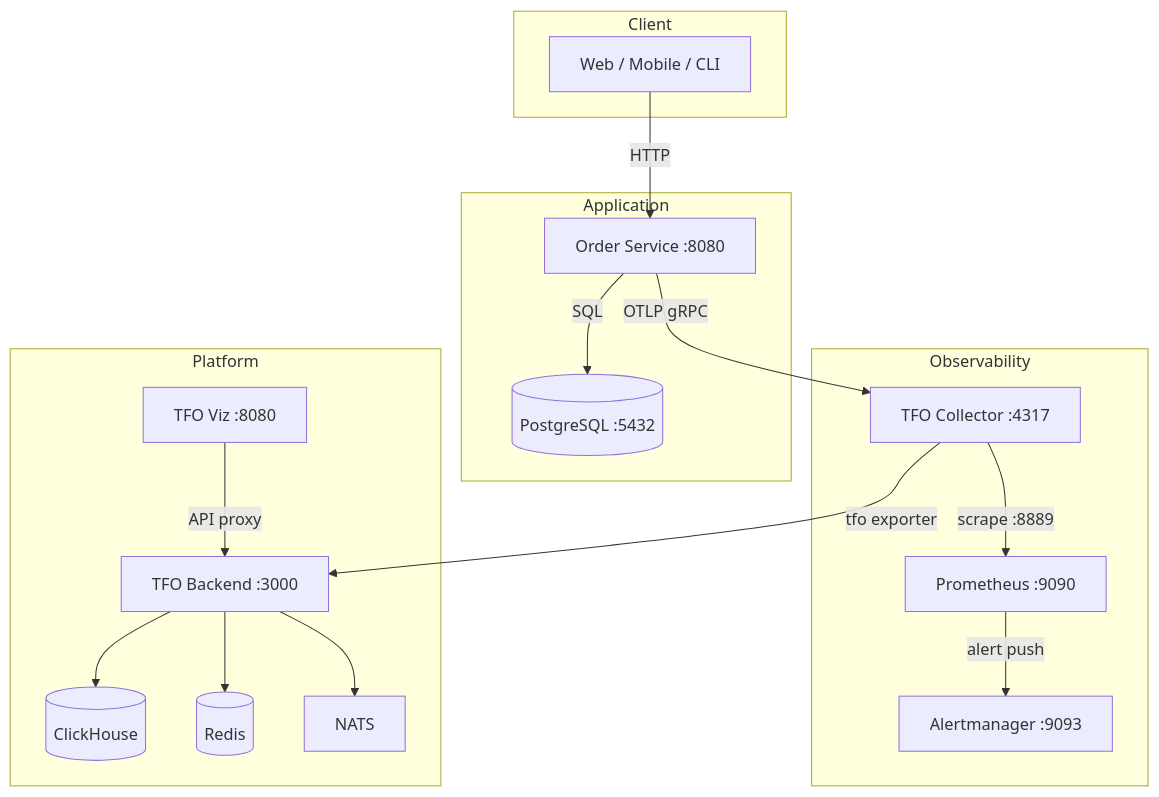
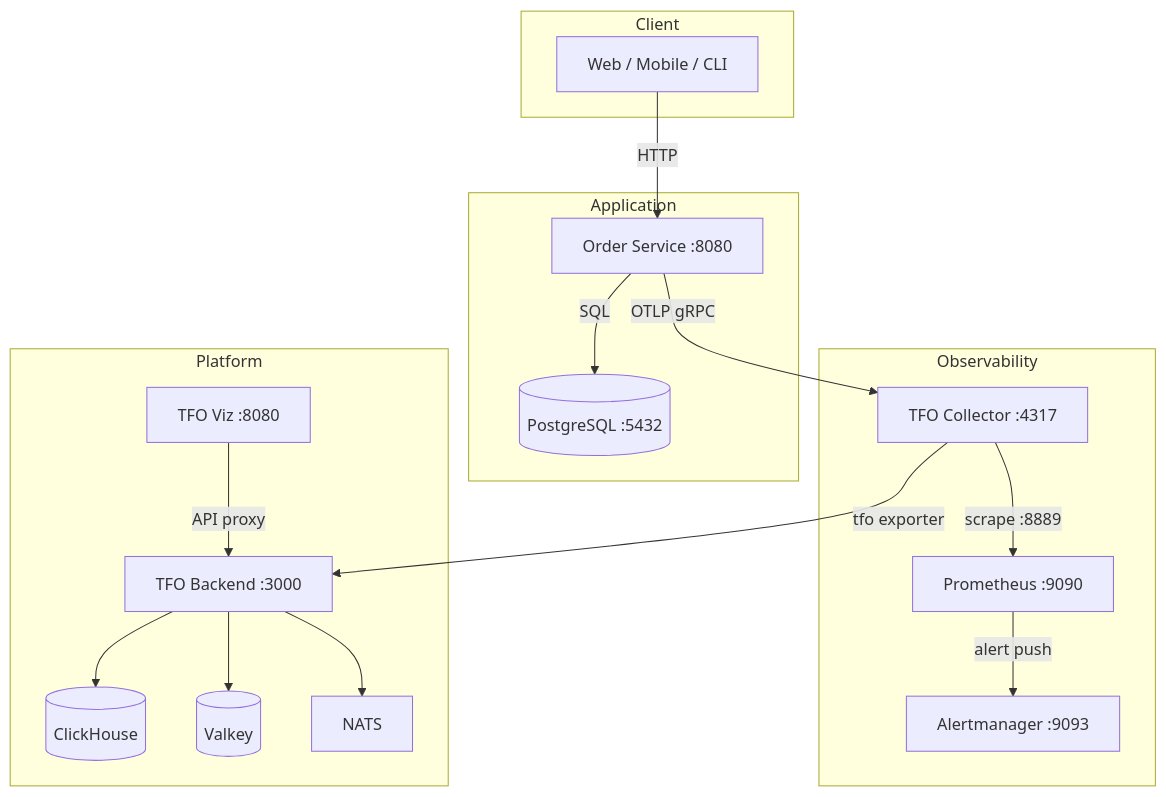
One commit to telemetryflow/demo-kiro-sdd changed the fifth of 5 diagrams in docs/wiki/Architecture.md. Above: the diagram before and after it, drawn with Mermaid. The commit also changed other lines of this file and 5 other files, not shown here.

First line of the commit message:
feat(infra): replace Redis with Valkey and bump containers to latest

````diff
--- a/docs/wiki/Architecture.md
+++ b/docs/wiki/Architecture.md
@@ -145,36 +145,36 @@
 ```mermaid
 graph TB
     subgraph Client
         WEB[Web / Mobile / CLI]
     end
 
     subgraph Application
         API[Order Service :8080]
         PG[(PostgreSQL :5432)]
     end
 
     subgraph Observability
         COL[TFO Collector :4317]
         PROM[Prometheus :9090]
         AM[Alertmanager :9093]
     end
 
     subgraph Platform
         BACKEND[TFO Backend :3000]
         VIZ[TFO Viz :8080]
         CH[(ClickHouse)]
-        REDIS[(Redis)]
+        VALKEY[(Valkey)]
         NATS[NATS]
     end
 
     WEB -->|HTTP| API
     API -->|SQL| PG
     API -->|OTLP gRPC| COL
     COL -->|scrape :8889| PROM
     COL -->|tfo exporter| BACKEND
     PROM -->|alert push| AM
     BACKEND --> CH
-    BACKEND --> REDIS
+    BACKEND --> VALKEY
     BACKEND --> NATS
     VIZ -->|API proxy| BACKEND
 ```
````
